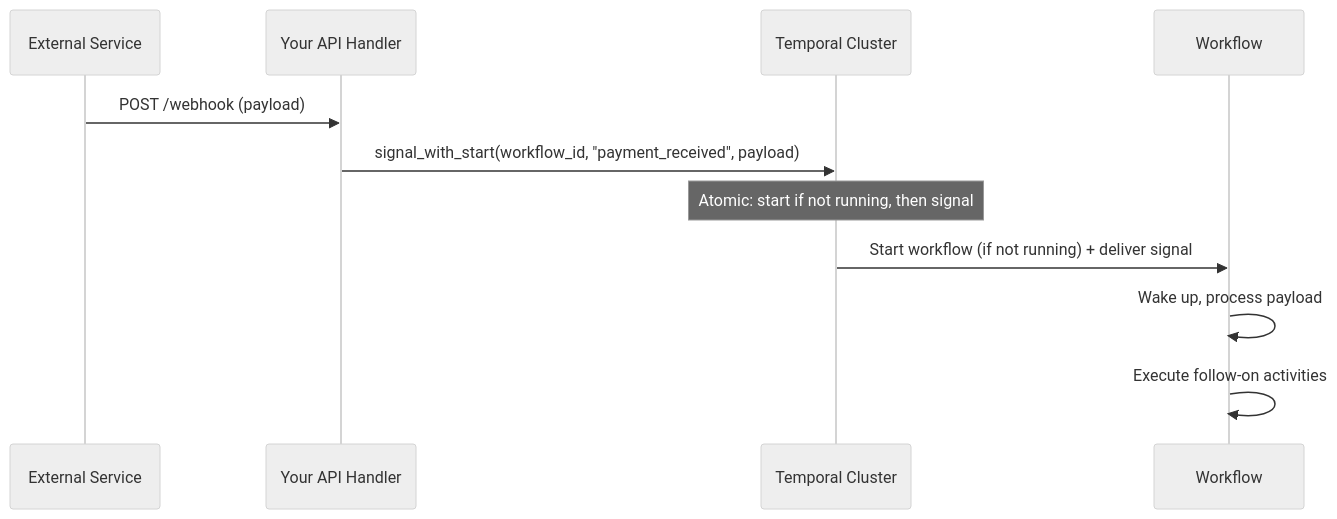
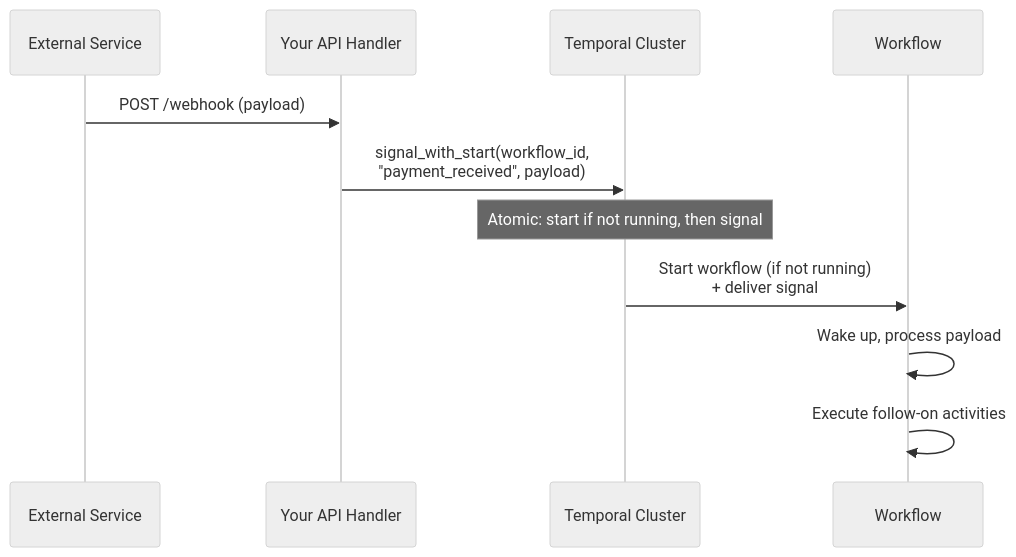
One commit to temporalio/documentation changed the first of 3 diagrams in docs/design-patterns/delayed-callback.mdx. Above: the diagram before and after it, drawn with Mermaid (neutral theme). The commit also changed other lines of this file and 15 other files, not shown here.

First line of the commit message:
Refactor Mermaid diagrams for improved clarity and consistency across documentation

````diff
--- a/docs/design-patterns/delayed-callback.mdx
+++ b/docs/design-patterns/delayed-callback.mdx
@@ -50,14 +50,14 @@
 ```mermaid
 sequenceDiagram
     participant E as External Service
     participant A as Your API Handler
     participant T as Temporal Cluster
     participant W as Workflow
 
     E->>A: POST /webhook (payload)
-    A->>T: signal_with_start(workflow_id, "payment_received", payload)
+    A->>T: signal_with_start(workflow_id,<br/>"payment_received", payload)
     Note over T: Atomic: start if not running, then signal
-    T->>W: Start workflow (if not running) + deliver signal
+    T->>W: Start workflow (if not running)<br/>+ deliver signal
     W->>W: Wake up, process payload
     W->>W: Execute follow-on activities
 ```
````
